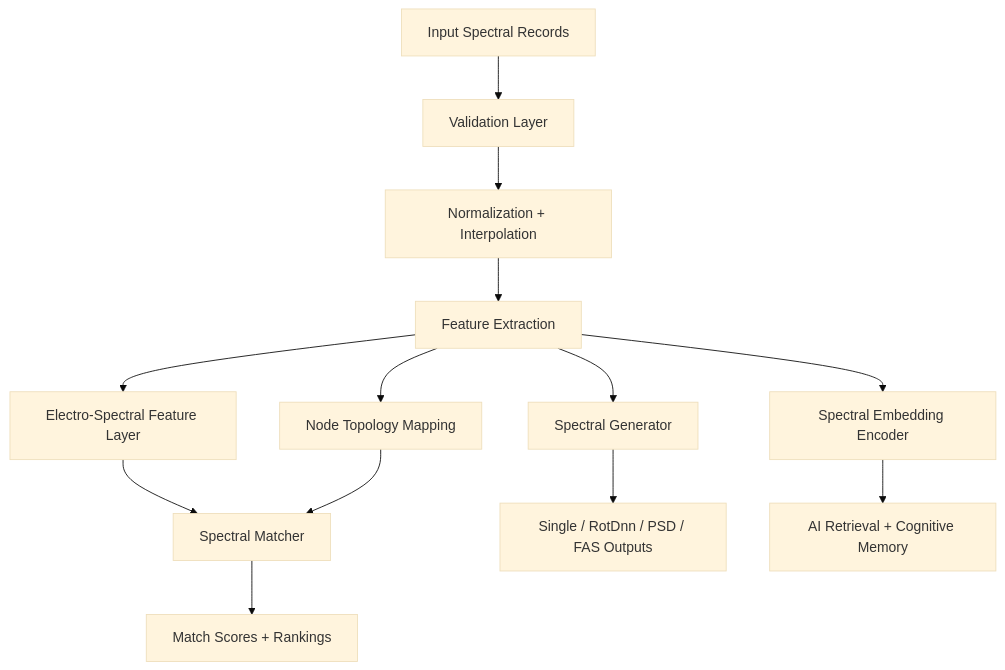
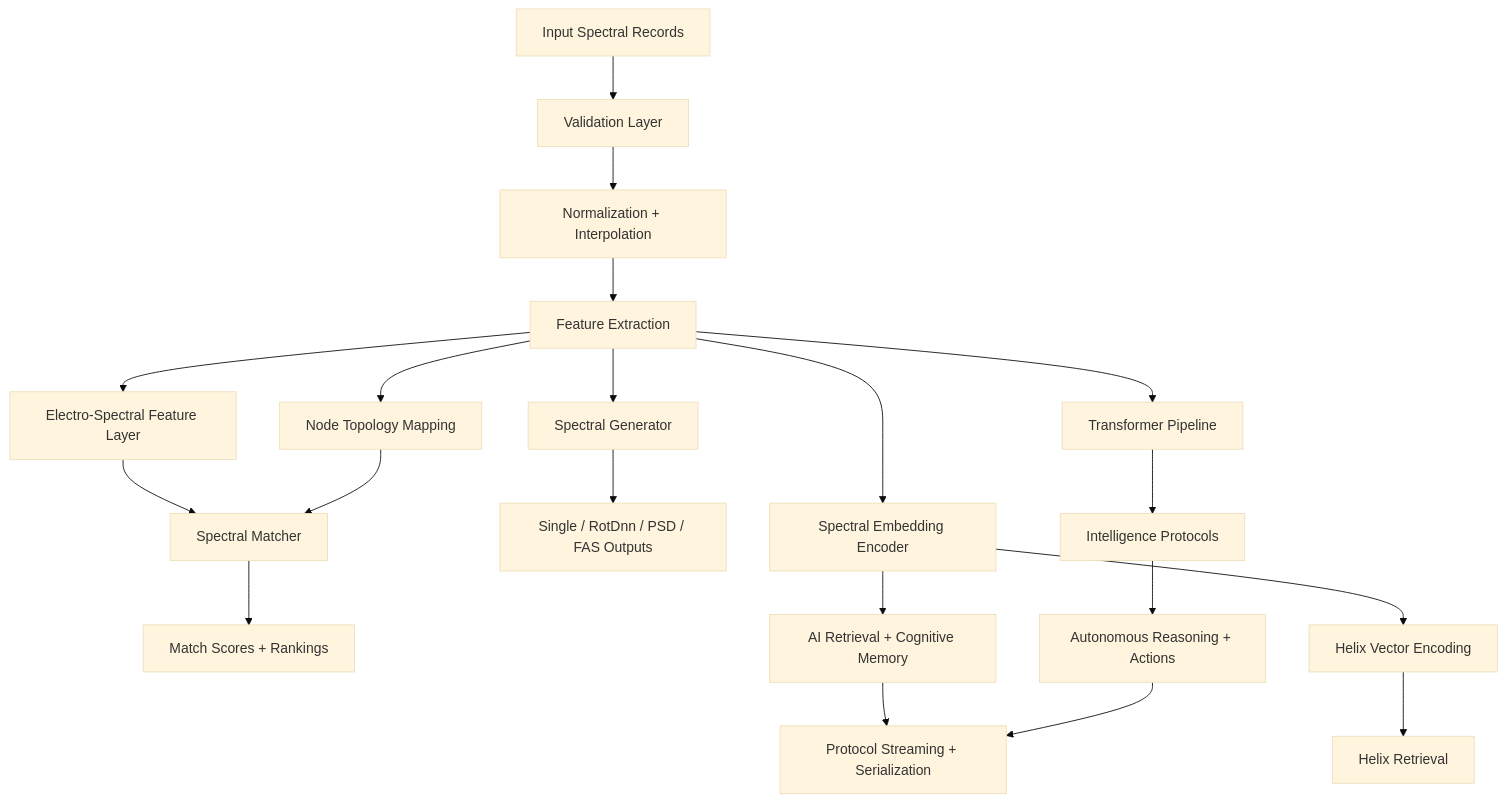
The diagram in README.md (FreddyCreates/Multi-Element-Spectral-Intelligence-Engine-MESIE-), drawn with Mermaid (base theme) before and after one commit. The commit also changed other lines of this file and 102 other files, not shown here.

Commit message:
Update README to reflect v0.2.0 changes: intelligence protocols, transformer pipeline, helix encoding, protocols, integration

````diff
--- a/README.md
+++ b/README.md
@@ -177,15 +306,22 @@
 ```mermaid
 flowchart TD
     A[Input Spectral Records] --> B[Validation Layer]
     B --> C[Normalization + Interpolation]
     C --> D[Feature Extraction]
     D --> E[Electro-Spectral Feature Layer]
     D --> F[Node Topology Mapping]
     E --> G[Spectral Matcher]
     F --> G
     G --> H[Match Scores + Rankings]
     D --> I[Spectral Generator]
     I --> J[Single / RotDnn / PSD / FAS Outputs]
     D --> K[Spectral Embedding Encoder]
     K --> L[AI Retrieval + Cognitive Memory]
+    D --> M[Transformer Pipeline]
+    M --> N[Intelligence Protocols]
+    N --> O[Autonomous Reasoning + Actions]
+    K --> P[Helix Vector Encoding]
+    P --> Q[Helix Retrieval]
+    L --> R[Protocol Streaming + Serialization]
+    O --> R
 ```
````
